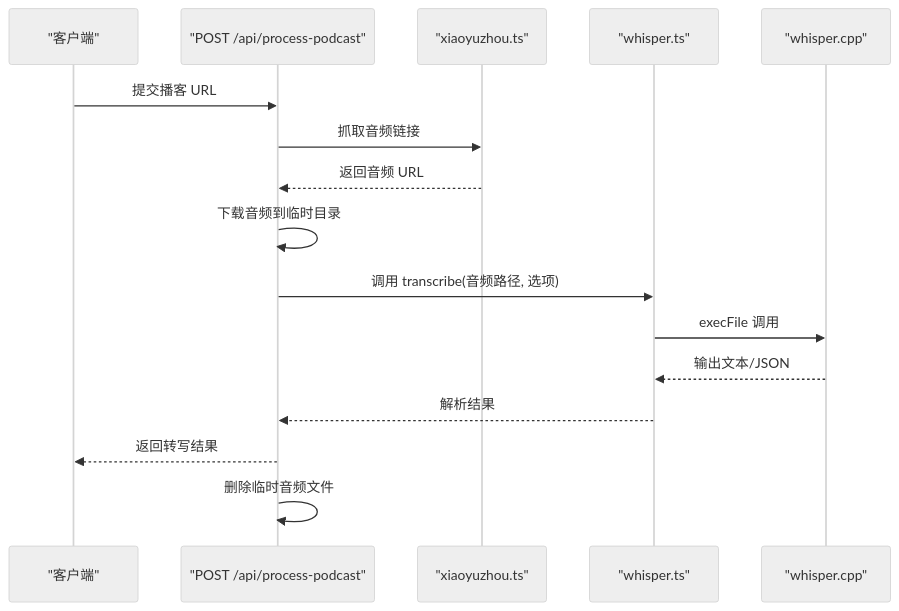
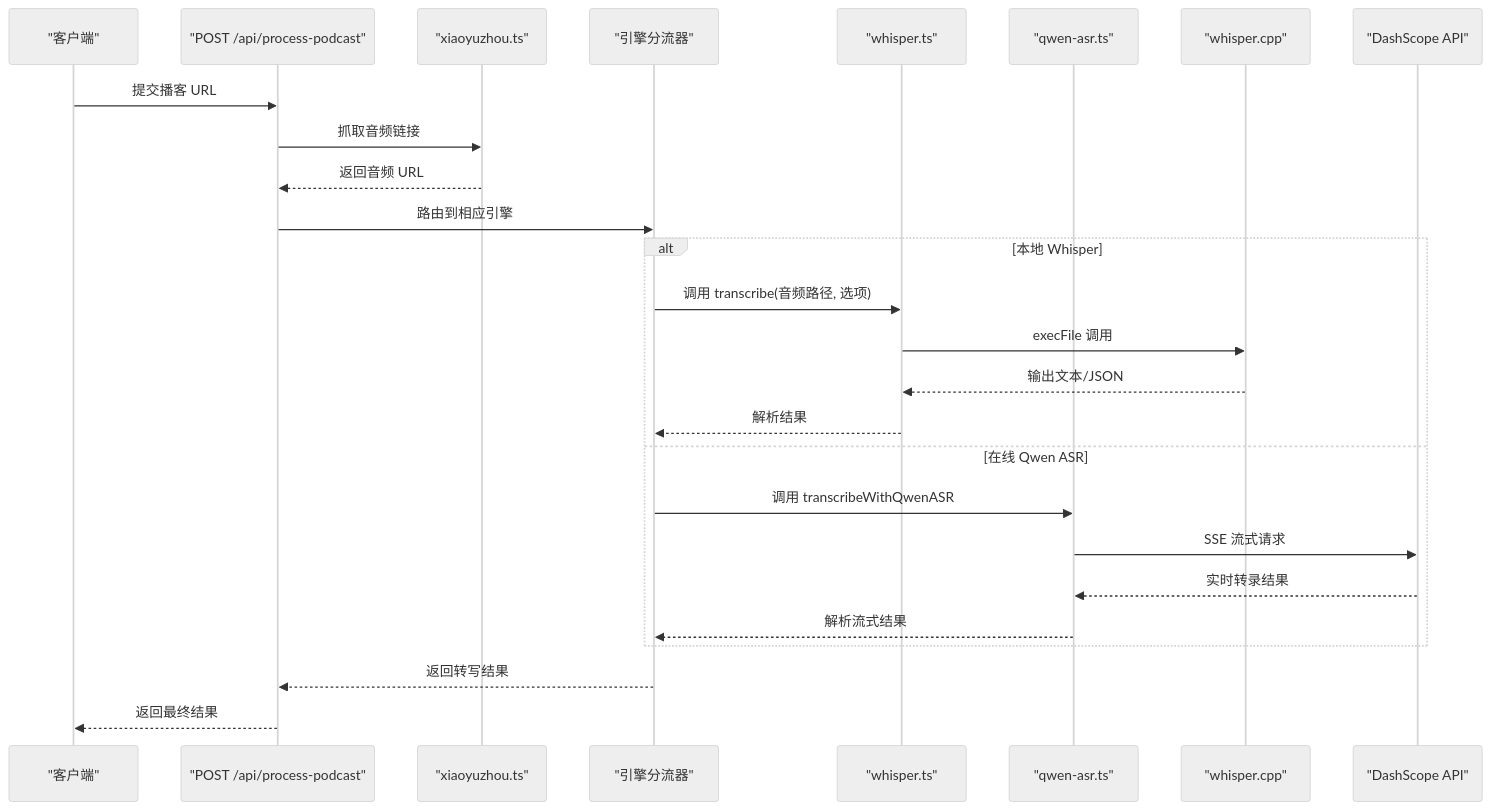
Before and after one commit to clawbotai/memo-flow: the ninth of 10 diagrams in .qoder/repowiki/zh/content/核心功能模块/语音识别引擎.md, drawn with Mermaid (neutral theme). The commit also changed other lines of this file and 4 other files, not shown here.

````diff
--- a/.qoder/repowiki/zh/content/核心功能模块/语音识别引擎.md
+++ b/.qoder/repowiki/zh/content/核心功能模块/语音识别引擎.md
@@ -238,18 +364,28 @@
 ```mermaid
 sequenceDiagram
 participant Client as "客户端"
 participant API as "POST /api/process-podcast"
 participant XY as "xiaoyuzhou.ts"
+participant Engine as "引擎分流器"
 participant W as "whisper.ts"
+participant Q as "qwen-asr.ts"
 participant CPP as "whisper.cpp"
+participant DASH as "DashScope API"
 Client->>API : 提交播客 URL
 API->>XY : 抓取音频链接
 XY-->>API : 返回音频 URL
-API->>API : 下载音频到临时目录
-API->>W : 调用 transcribe(音频路径, 选项)
+API->>Engine : 路由到相应引擎
+alt 本地 Whisper
+Engine->>W : 调用 transcribe(音频路径, 选项)
 W->>CPP : execFile 调用
 CPP-->>W : 输出文本/JSON
-W-->>API : 解析结果
-API-->>Client : 返回转写结果
-API->>API : 删除临时音频文件
+W-->>Engine : 解析结果
+else 在线 Qwen ASR
+Engine->>Q : 调用 transcribeWithQwenASR
+Q->>DASH : SSE 流式请求
+DASH-->>Q : 实时转录结果
+Q-->>Engine : 解析流式结果
+end
+Engine-->>API : 返回转写结果
+API-->>Client : 返回最终结果
 ```
````
